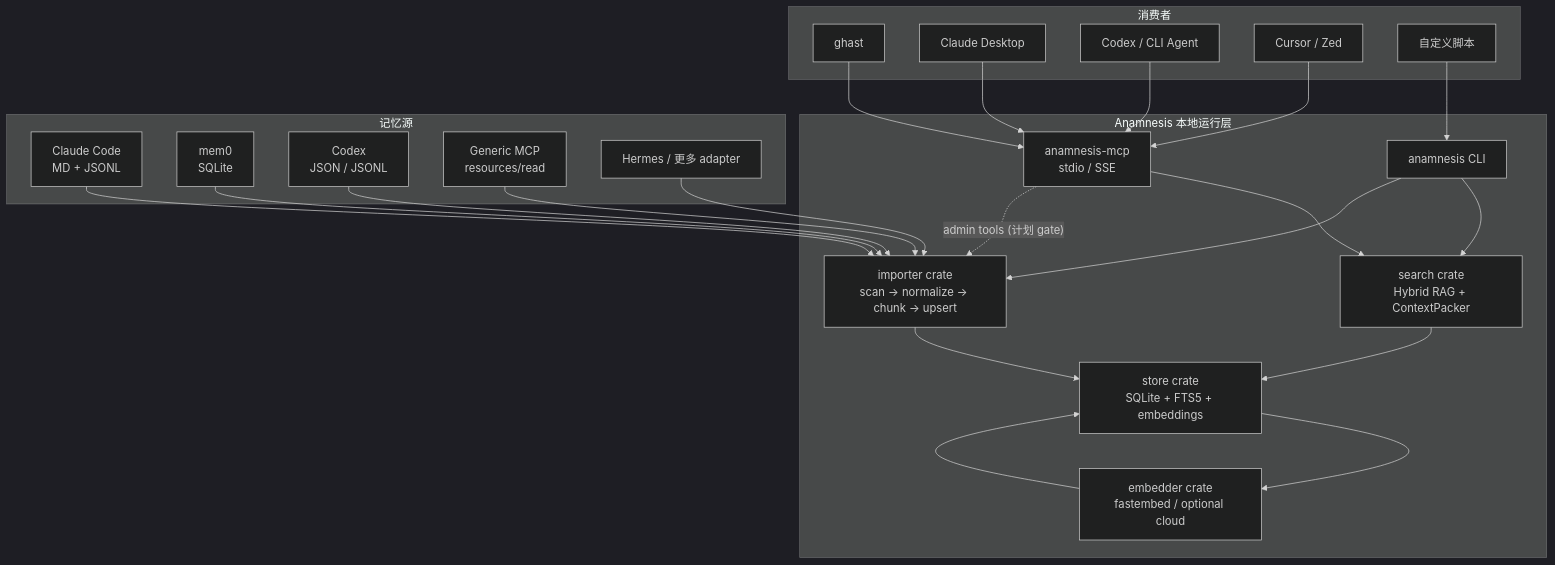
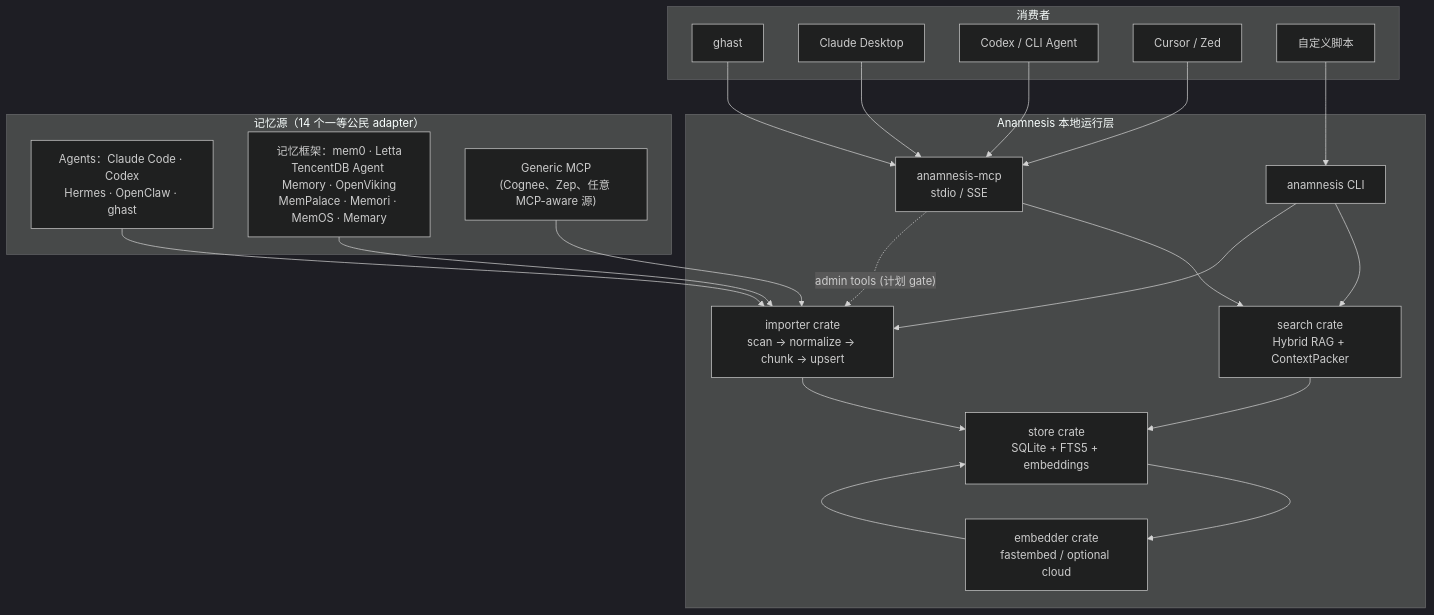
One commit to Trapezohe/Anamnesis changed the first of 5 diagrams in README.zh-CN.md. Above: the diagram before and after it, drawn with Mermaid (dark theme). The commit also changed other lines of this file and 1 other file, not shown here.

````diff
--- a/README.zh-CN.md
+++ b/README.zh-CN.md
@@ -101,49 +124,45 @@
 ```mermaid
 flowchart TB
   subgraph Consumers["消费者"]
     Ghast["ghast"]
     ClaudeDesktop["Claude Desktop"]
     CodexClient["Codex / CLI Agent"]
     Cursor["Cursor / Zed"]
     Scripts["自定义脚本"]
   end
 
   subgraph Runtime["Anamnesis 本地运行层"]
     CLI["anamnesis CLI"]
     MCP["anamnesis-mcp<br/>stdio / SSE"]
     Search["search crate<br/>Hybrid RAG + ContextPacker"]
     Importer["importer crate<br/>scan -> normalize -> chunk -> upsert"]
     Store["store crate<br/>SQLite + FTS5 + embeddings"]
     Embedder["embedder crate<br/>fastembed / optional cloud"]
   end
 
-  subgraph Sources["记忆源"]
-    ClaudeCode["Claude Code<br/>MD + JSONL"]
-    Mem0["mem0<br/>SQLite"]
-    Codex["Codex<br/>JSON / JSONL"]
-    GenericMCP["Generic MCP<br/>resources/read"]
-    Future["Hermes / 更多 adapter"]
+  subgraph Sources["记忆源（14 个一等公民 adapter）"]
+    Agents["Agents：Claude Code · Codex<br/>Hermes · OpenClaw · ghast"]
+    MemFW["记忆框架：mem0 · Letta<br/>TencentDB Agent Memory · OpenViking<br/>MemPalace · Memori · MemOS · Memary"]
+    GenericMCP["Generic MCP<br/>(Cognee、Zep、任意 MCP-aware 源)"]
   end
 
   Ghast --> MCP
   ClaudeDesktop --> MCP
   CodexClient --> MCP
   Cursor --> MCP
   Scripts --> CLI
 
   MCP --> Search
   CLI --> Search
   CLI --> Importer
   MCP -. "admin tools (计划 gate)" .-> Importer
 
   Importer --> Store
   Search --> Store
   Store --> Embedder
   Embedder --> Store
 
-  ClaudeCode --> Importer
-  Mem0 --> Importer
-  Codex --> Importer
+  Agents --> Importer
+  MemFW --> Importer
   GenericMCP --> Importer
-  Future --> Importer
 ```
````
